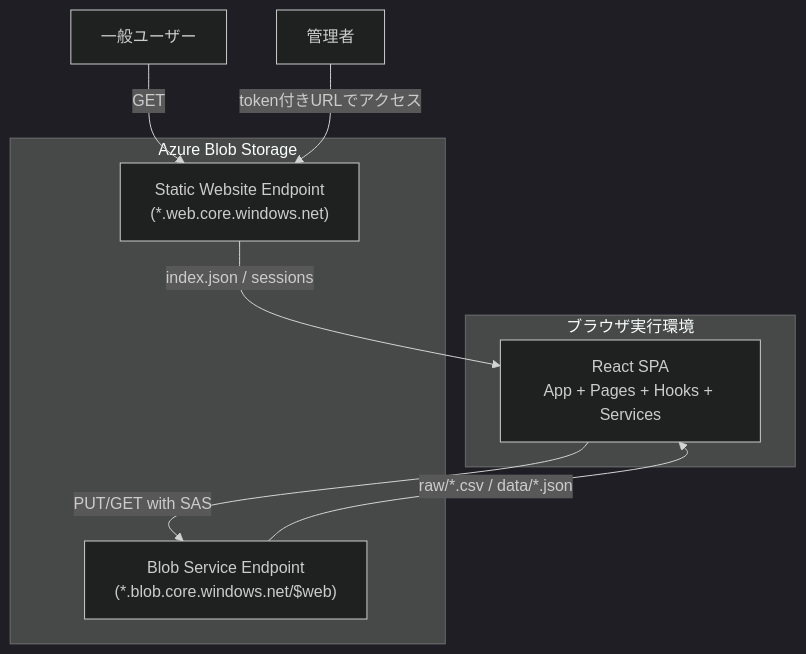
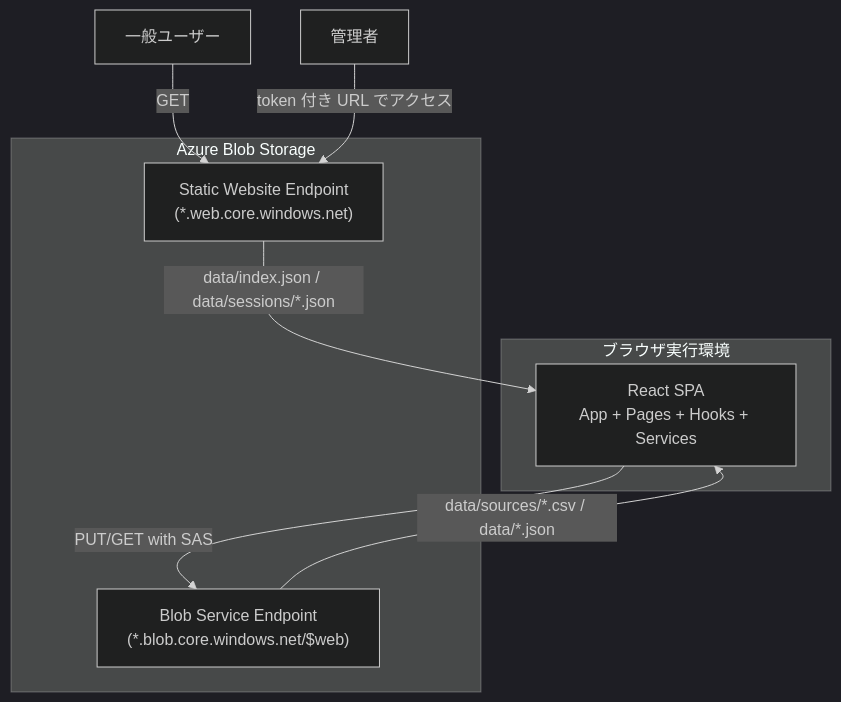
The first of 4 diagrams in docs/architecture.md (nuitsjp/teams-board), drawn with Mermaid (dark theme) before and after one commit. The commit also changed other lines of this file and 21 other files, not shown here.

````diff
--- a/docs/architecture.md
+++ b/docs/architecture.md
@@ -33,20 +22,20 @@
 ```mermaid
 graph TD
     U[一般ユーザー]
     A[管理者]
 
     subgraph Browser["ブラウザ実行環境"]
         SPA[React SPA<br/>App + Pages + Hooks + Services]
     end
 
     subgraph Azure["Azure Blob Storage"]
         WEB["Static Website Endpoint<br/>(*.web.core.windows.net)"]
         BLOB["Blob Service Endpoint<br/>(*.blob.core.windows.net/$web)"]
     end
 
     U -->|GET| WEB
-    WEB -->|index.json / sessions| SPA
-    A -->|token付きURLでアクセス| WEB
+    WEB -->|data/index.json / data/sessions/*.json| SPA
+    A -->|token 付き URL でアクセス| WEB
     SPA -->|PUT/GET with SAS| BLOB
-    BLOB -->|raw/*.csv / data/*.json| SPA
+    BLOB -->|data/sources/*.csv / data/*.json| SPA
 ```
````
